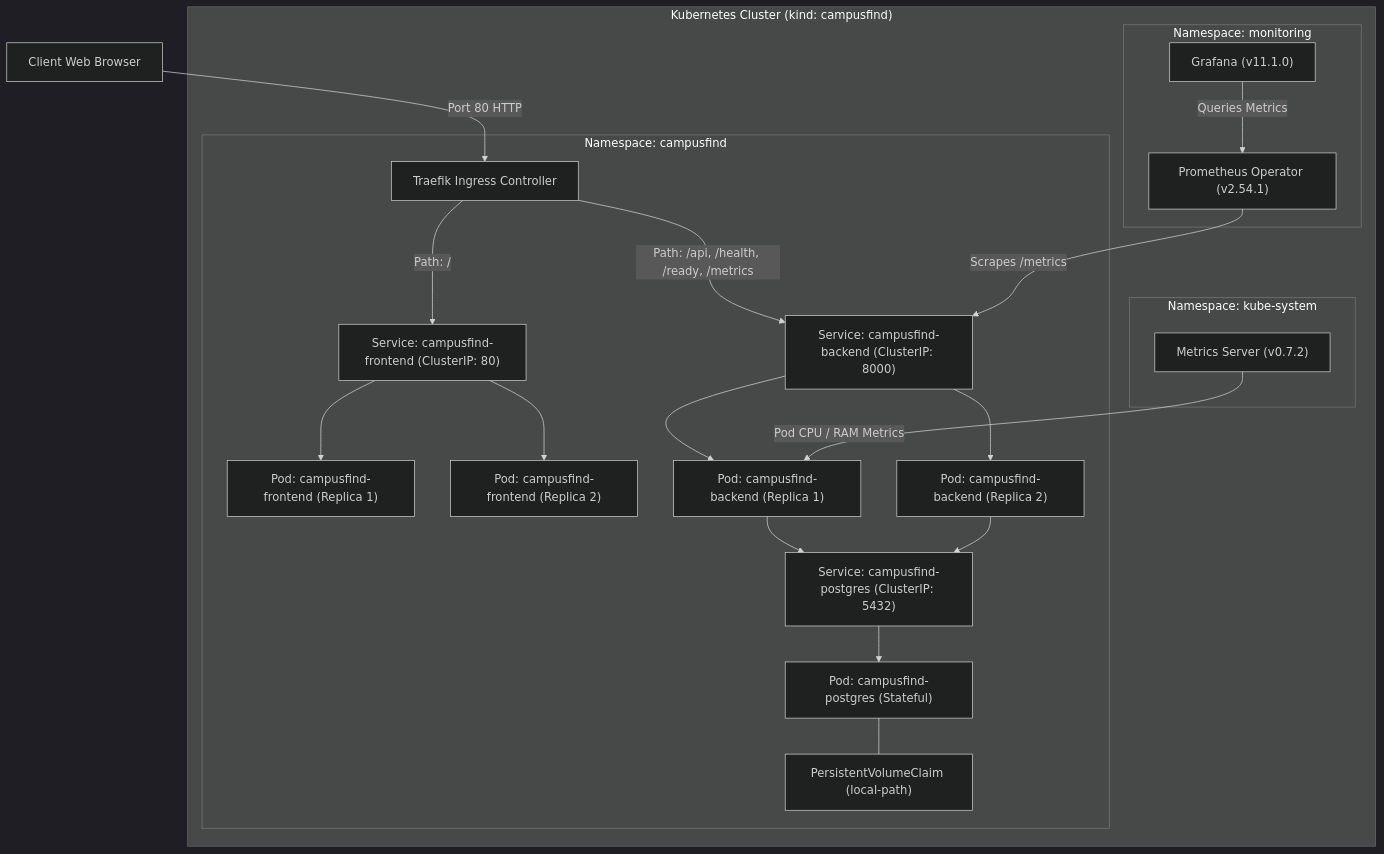
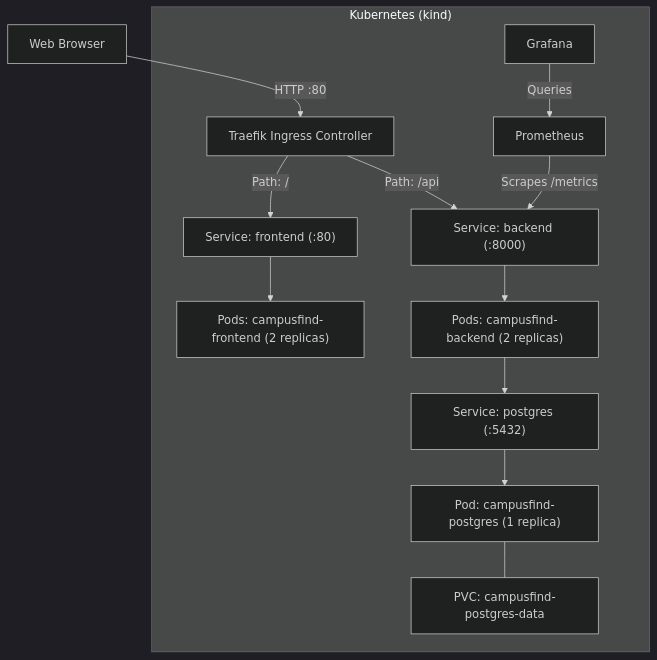
One commit to Kavya100206/campusFind changed the diagram in README.md. Above: the diagram before and after it, drawn with Mermaid (dark theme). The commit also changed other lines of this file, not shown here.

````diff
--- a/README.md
+++ b/README.md
@@ -24,32 +7,19 @@
 ```mermaid
 graph TD
-    User["Client Web Browser"] -->|Port 80 HTTP| Ingress["Traefik Ingress Controller"]
+    User["Web Browser"] -->|HTTP :80| Ingress["Traefik Ingress Controller"]
 
-    subgraph "Kubernetes Cluster (kind: campusfind)"
-        subgraph "Namespace: campusfind"
-            Ingress -->|"Path: /"| FrontSvc["Service: campusfind-frontend (ClusterIP: 80)"]
-            Ingress -->|"Path: /api, /health, /ready, /metrics"| BackSvc["Service: campusfind-backend (ClusterIP: 8000)"]
+    subgraph "Kubernetes (kind)"
+        Ingress -->|"Path: /"| FrontSvc["Service: frontend (:80)"]
+        Ingress -->|"Path: /api"| BackSvc["Service: backend (:8000)"]
 
-            FrontSvc --> FrontPod1["Pod: campusfind-frontend (Replica 1)"]
-            FrontSvc --> FrontPod2["Pod: campusfind-frontend (Replica 2)"]
+        FrontSvc --> FrontPod["Pods: campusfind-frontend (2 replicas)"]
+        BackSvc --> BackPod["Pods: campusfind-backend (2 replicas)"]
 
-            BackSvc --> BackPod1["Pod: campusfind-backend (Replica 1)"]
-            BackSvc --> BackPod2["Pod: campusfind-backend (Replica 2)"]
+        BackPod --> DBSvc["Service: postgres (:5432)"]
+        DBSvc --> DBPod["Pod: campusfind-postgres (1 replica)"]
+        DBPod --- DBPVC["PVC: campusfind-postgres-data"]
 
-            BackPod1 --> DBSvc["Service: campusfind-postgres (ClusterIP: 5432)"]
-            BackPod2 --> DBSvc["Service: campusfind-postgres (ClusterIP: 5432)"]
-
-            DBSvc --> DBPod["Pod: campusfind-postgres (Stateful)"]
-            DBPod --- DBPVC["PersistentVolumeClaim (local-path)"]
-        end
-
-        subgraph "Namespace: monitoring"
-            Prom["Prometheus Operator (v2.54.1)"] -->|Scrapes /metrics| BackSvc
-            Grafana["Grafana (v11.1.0)"] -->|Queries Metrics| Prom
-        end
-
-        subgraph "Namespace: kube-system"
-            MetricsServer["Metrics Server (v0.7.2)"] -->|Pod CPU / RAM Metrics| BackPod1
-        end
+        Prometheus["Prometheus"] -->|Scrapes /metrics| BackSvc
+        Grafana["Grafana"] -->|Queries| Prometheus
     end
 ```
````
